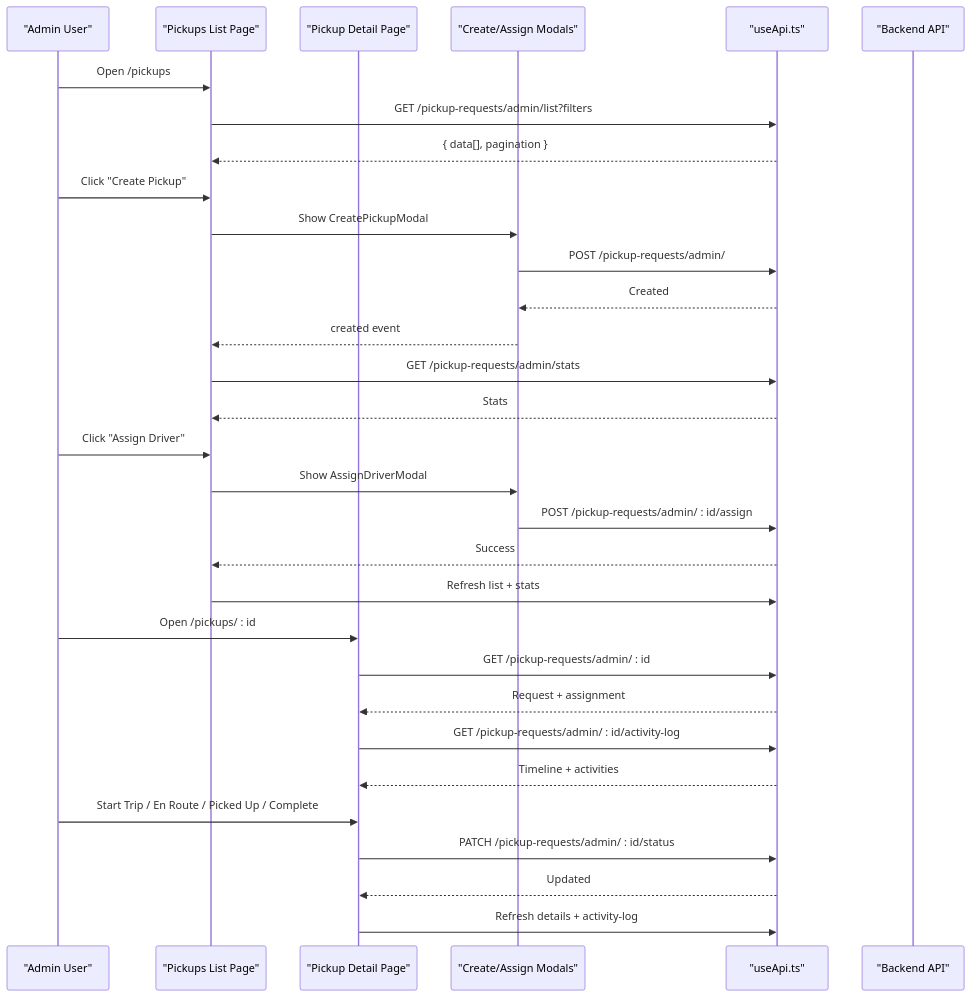
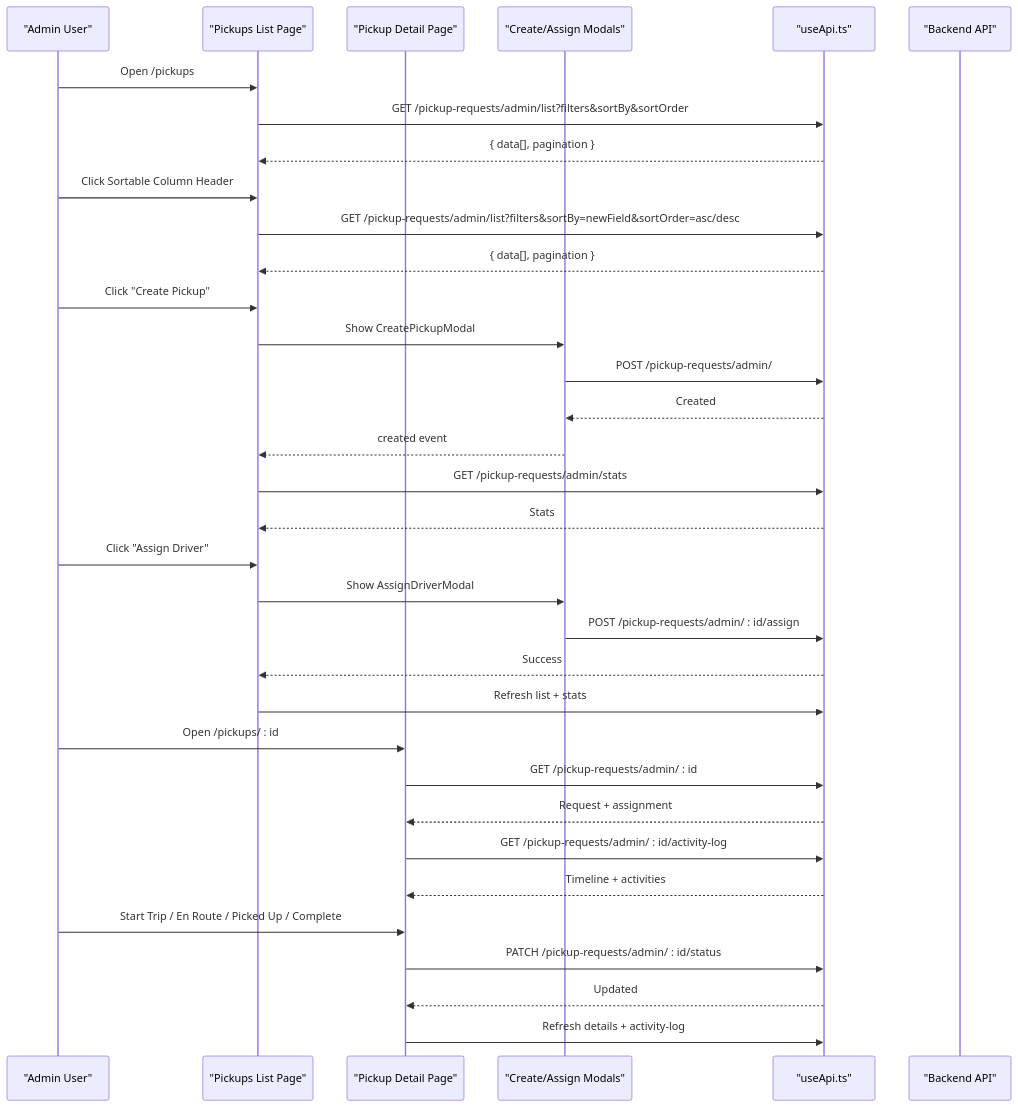
The second of 8 diagrams in .qoder/repowiki/en/content/Business Modules/Pickup Operations.md (Lazynerd-Studios/lacarte-atlas-console), drawn with Mermaid before and after one commit. The commit also changed other lines of this file and 13 other files, not shown here.

````diff
--- a/.qoder/repowiki/en/content/Business Modules/Pickup Operations.md
+++ b/.qoder/repowiki/en/content/Business Modules/Pickup Operations.md
@@ -106,33 +115,36 @@
 ```mermaid
 sequenceDiagram
 participant Admin as "Admin User"
 participant List as "Pickups List Page"
 participant Detail as "Pickup Detail Page"
 participant Modal as "Create/Assign Modals"
 participant API as "useApi.ts"
 participant Backend as "Backend API"
 Admin->>List : Open /pickups
-List->>API : GET /pickup-requests/admin/list?filters
+List->>API : GET /pickup-requests/admin/list?filters&sortBy&sortOrder
+API-->>List : { data[], pagination }
+Admin->>List : Click Sortable Column Header
+List->>API : GET /pickup-requests/admin/list?filters&sortBy=newField&sortOrder=asc/desc
 API-->>List : { data[], pagination }
 Admin->>List : Click "Create Pickup"
 List->>Modal : Show CreatePickupModal
 Modal->>API : POST /pickup-requests/admin/
 API-->>Modal : Created
 Modal-->>List : created event
 List->>API : GET /pickup-requests/admin/stats
 API-->>List : Stats
 Admin->>List : Click "Assign Driver"
 List->>Modal : Show AssignDriverModal
 Modal->>API : POST /pickup-requests/admin/ : id/assign
 API-->>List : Success
 List->>API : Refresh list + stats
 Admin->>Detail : Open /pickups/ : id
 Detail->>API : GET /pickup-requests/admin/ : id
 API-->>Detail : Request + assignment
 Detail->>API : GET /pickup-requests/admin/ : id/activity-log
 API-->>Detail : Timeline + activities
 Admin->>Detail : Start Trip / En Route / Picked Up / Complete
 Detail->>API : PATCH /pickup-requests/admin/ : id/status
 API-->>Detail : Updated
 Detail->>API : Refresh details + activity-log
 ```
````
